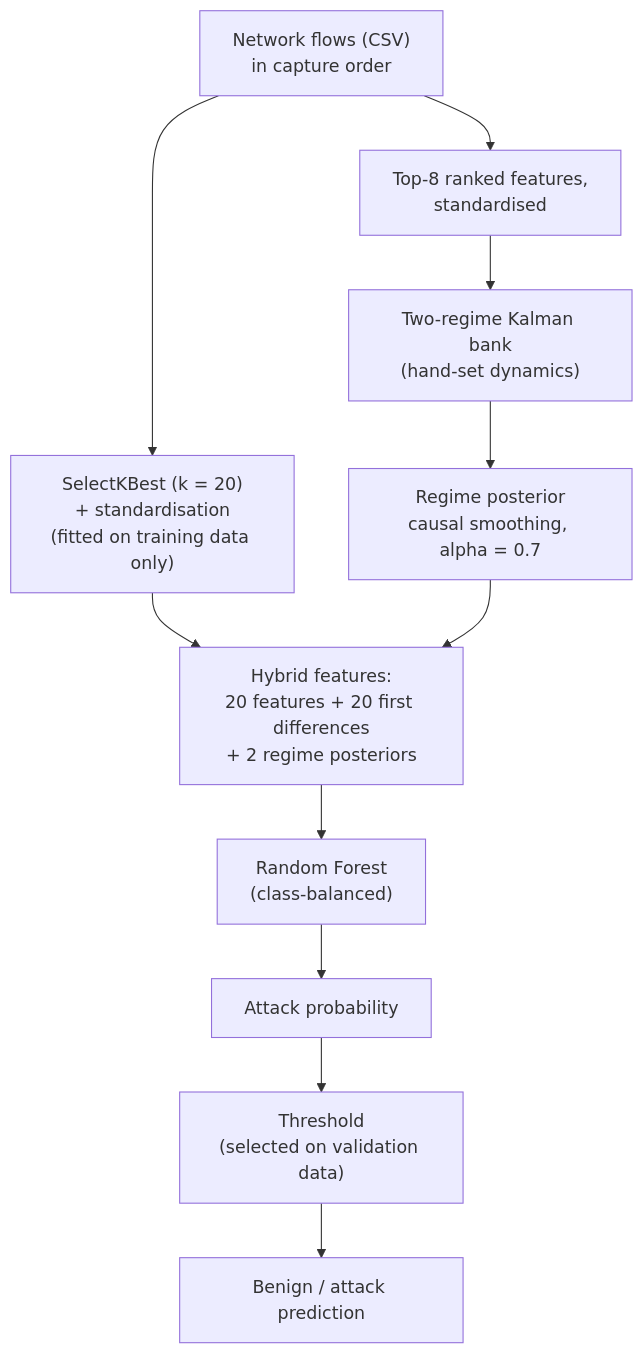
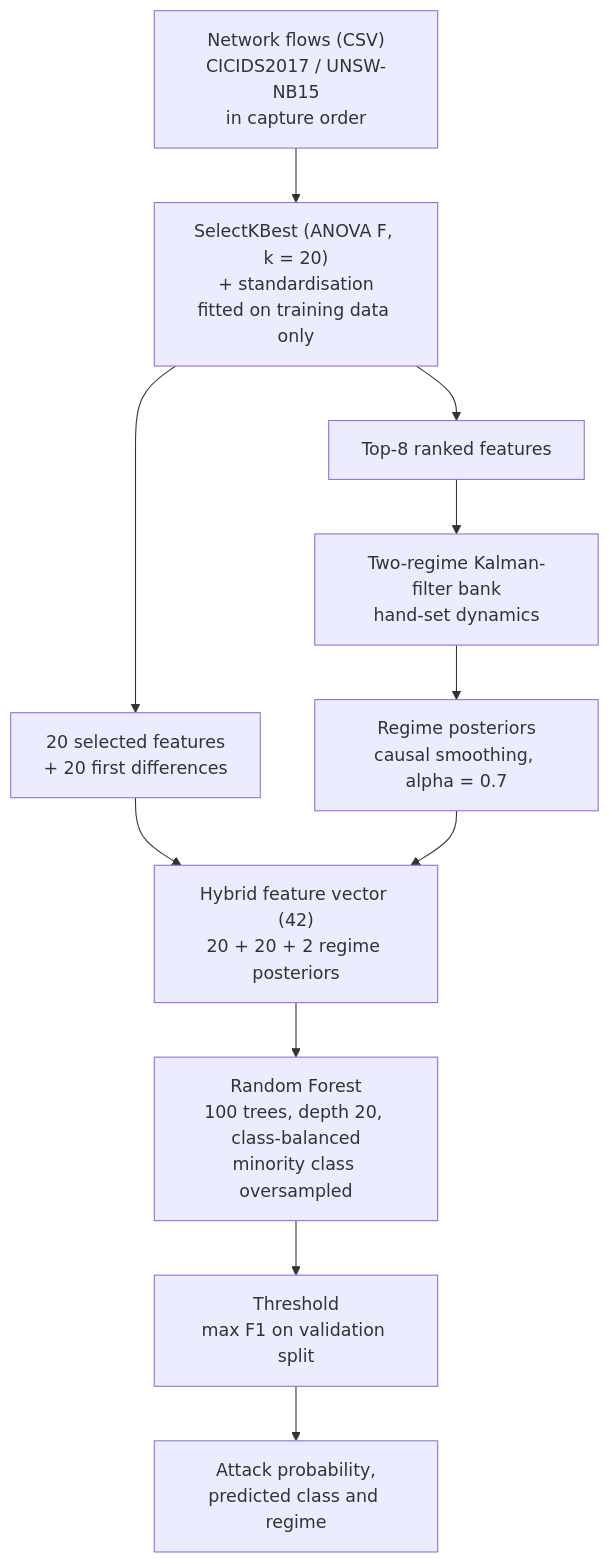
The diagram in README.md (Sahilbhekane/PARD-in-Network-Traffic-using-Switching-State-Space-Models-), drawn with Mermaid before and after one commit. The commit also changed other lines of this file and 10 other files, not shown here.

````diff
--- a/README.md
+++ b/README.md
@@ -185,13 +154,13 @@
 ```mermaid
 flowchart TD
-    A["Network flows (CSV)<br/>in capture order"] --> B["SelectKBest (k = 20)<br/>+ standardisation<br/>(fitted on training data only)"]
-    A --> C["Top-8 ranked features,<br/>standardised"]
-    C --> D["Two-regime Kalman bank<br/>(hand-set dynamics)"]
-    D --> E["Regime posterior<br/>causal smoothing, alpha = 0.7"]
-    B --> F["Hybrid features:<br/>20 features + 20 first differences<br/>+ 2 regime posteriors"]
-    E --> F
-    F --> G["Random Forest<br/>(class-balanced)"]
-    G --> H["Attack probability"]
-    H --> I["Threshold<br/>(selected on validation data)"]
-    I --> J["Benign / attack prediction"]
+    A["Network flows (CSV)<br/>CICIDS2017 / UNSW-NB15<br/>in capture order"] --> B["SelectKBest (ANOVA F, k = 20)<br/>+ standardisation<br/>fitted on training data only"]
+    B --> C["Top-8 ranked features"]
+    B --> D["20 selected features<br/>+ 20 first differences"]
+    C --> E["Two-regime Kalman-filter bank<br/>hand-set dynamics"]
+    E --> F["Regime posteriors<br/>causal smoothing, alpha = 0.7"]
+    D --> G["Hybrid feature vector (42)<br/>20 + 20 + 2 regime posteriors"]
+    F --> G
+    G --> H["Random Forest<br/>100 trees, depth 20, class-balanced<br/>minority class oversampled"]
+    H --> I["Threshold<br/>max F1 on validation split"]
+    I --> J["Attack probability,<br/>predicted class and regime"]
 ```
````
